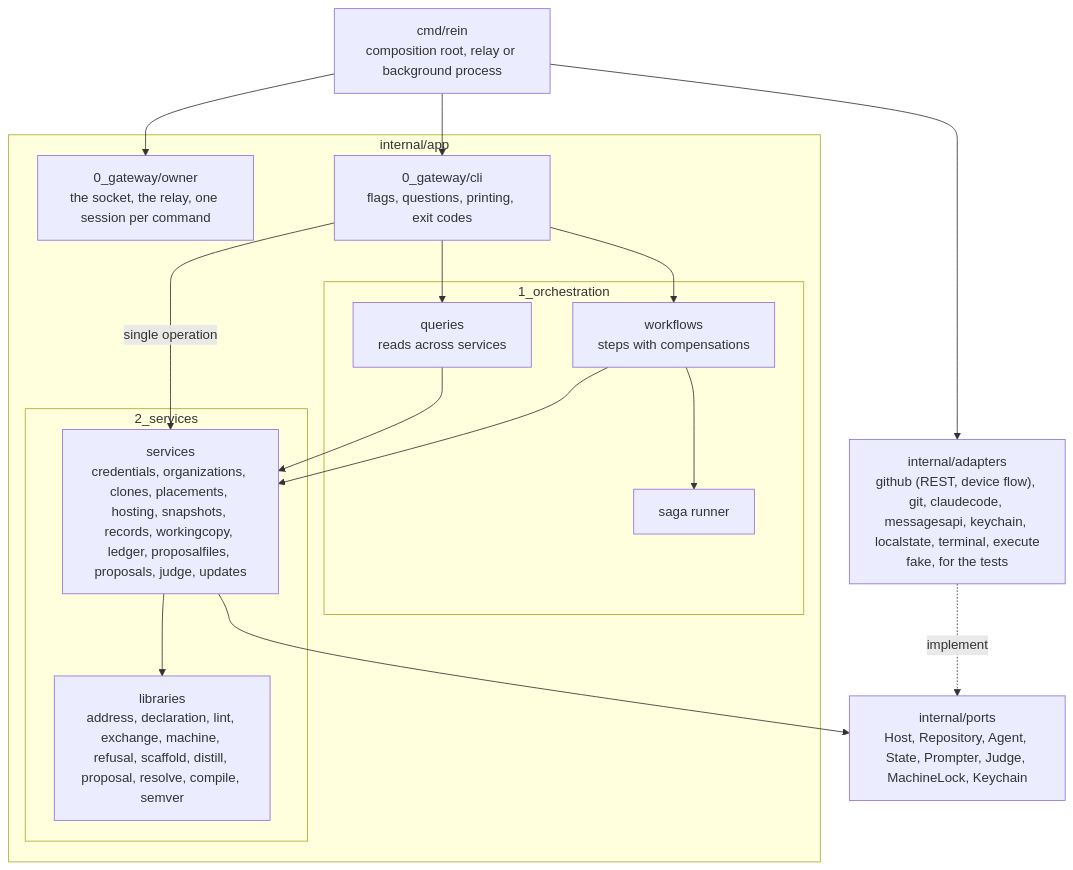
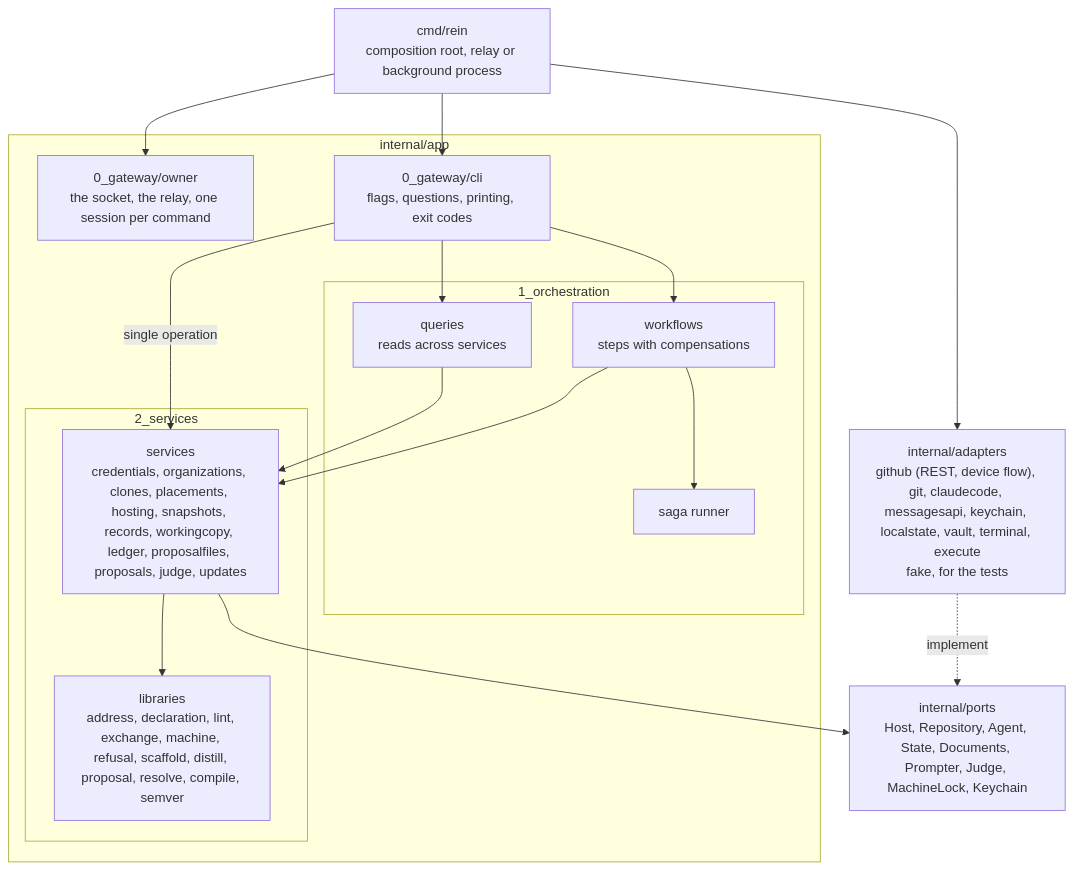
One commit to Danidani23/agents-rein changed the diagram in docs/architecture.md. Above: the diagram before and after it, drawn with Mermaid. The commit also changed other lines of this file and 38 other files, not shown here.

````diff
--- a/docs/architecture.md
+++ b/docs/architecture.md
@@ -22,32 +22,32 @@
 ```mermaid
 flowchart TB
     main["cmd/rein<br/>composition root, relay or background process"]
     subgraph app["internal/app"]
         owner["0_gateway/owner<br/>the socket, the relay, one session per command"]
         gateway["0_gateway/cli<br/>flags, questions, printing, exit codes"]
         subgraph orchestration["1_orchestration"]
             workflows["workflows<br/>steps with compensations"]
             queries["queries<br/>reads across services"]
             runner["saga runner"]
         end
         subgraph services["2_services"]
             svc["services<br/>credentials, organizations, clones, placements, hosting, snapshots, records, workingcopy, ledger, proposalfiles, proposals, judge, updates"]
             libs["libraries<br/>address, declaration, lint, exchange, machine, refusal, scaffold, distill, proposal, resolve, compile, semver"]
         end
     end
-    ports["internal/ports<br/>Host, Repository, Agent, State, Prompter, Judge, MachineLock, Keychain"]
-    adapters["internal/adapters<br/>github (REST, device flow), git, claudecode, messagesapi, keychain, localstate, terminal, execute<br/>fake, for the tests"]
+    ports["internal/ports<br/>Host, Repository, Agent, State, Documents, Prompter, Judge, MachineLock, Keychain"]
+    adapters["internal/adapters<br/>github (REST, device flow), git, claudecode, messagesapi, keychain, localstate, vault, terminal, execute<br/>fake, for the tests"]
 
     main --> owner
     main --> gateway
     main --> adapters
     gateway --> workflows
     gateway --> queries
     gateway -- "single operation" --> svc
     workflows --> runner
     workflows --> svc
     queries --> svc
     svc --> ports
     svc --> libs
     adapters -. implement .-> ports
 ```
````
